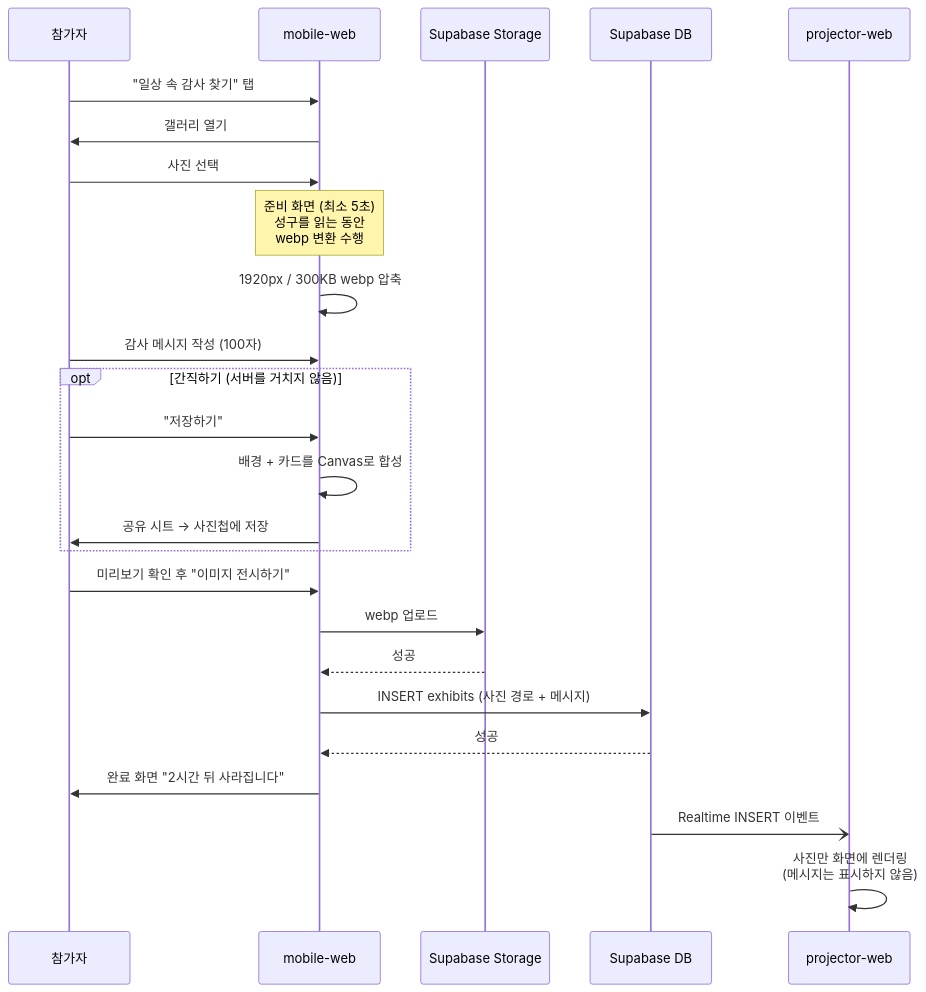
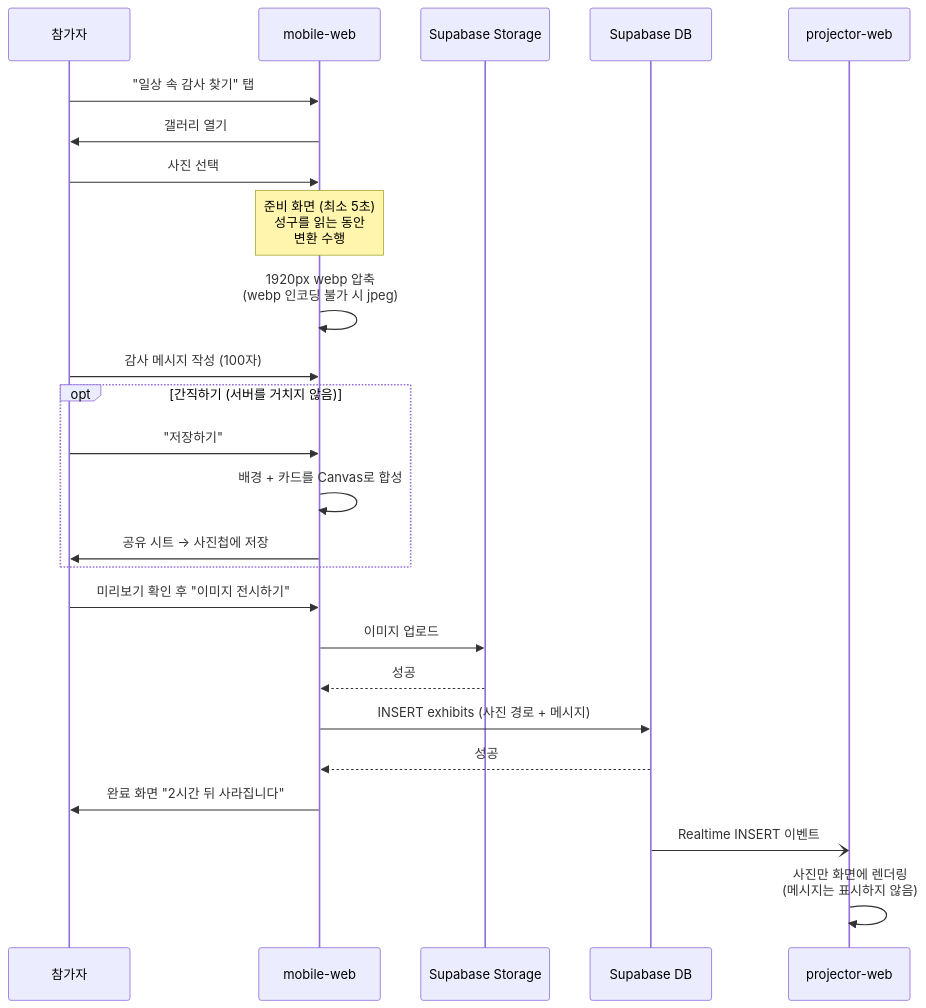
Before and after one commit to kingkiboots/glimpse-of-epiphany: the second of 5 diagrams in README.md, drawn with Mermaid. The commit also changed other lines of this file and 10 other files, not shown here.

````diff
--- a/README.md
+++ b/README.md
@@ -112,34 +112,34 @@
 ```mermaid
 sequenceDiagram
     participant U as 참가자
     participant M as mobile-web
     participant S as Supabase Storage
     participant D as Supabase DB
     participant P as projector-web
 
     U->>M: "일상 속 감사 찾기" 탭
     M->>U: 갤러리 열기
     U->>M: 사진 선택
 
-    Note over M: 준비 화면 (최소 5초)<br/>성구를 읽는 동안<br/>webp 변환 수행
-    M->>M: 1920px / 300KB webp 압축
+    Note over M: 준비 화면 (최소 5초)<br/>성구를 읽는 동안<br/>변환 수행
+    M->>M: 1920px webp 압축<br/>(webp 인코딩 불가 시 jpeg)
 
     U->>M: 감사 메시지 작성 (100자)
 
     opt 간직하기 (서버를 거치지 않음)
         U->>M: "저장하기"
         M->>M: 배경 + 카드를 Canvas로 합성
         M->>U: 공유 시트 → 사진첩에 저장
     end
 
     U->>M: 미리보기 확인 후 "이미지 전시하기"
 
-    M->>S: webp 업로드
+    M->>S: 이미지 업로드
     S-->>M: 성공
     M->>D: INSERT exhibits (사진 경로 + 메시지)
     D-->>M: 성공
     M->>U: 완료 화면 "2시간 뒤 사라집니다"
 
     D-)P: Realtime INSERT 이벤트
     P->>P: 사진만 화면에 렌더링<br/>(메시지는 표시하지 않음)
 ```
````
